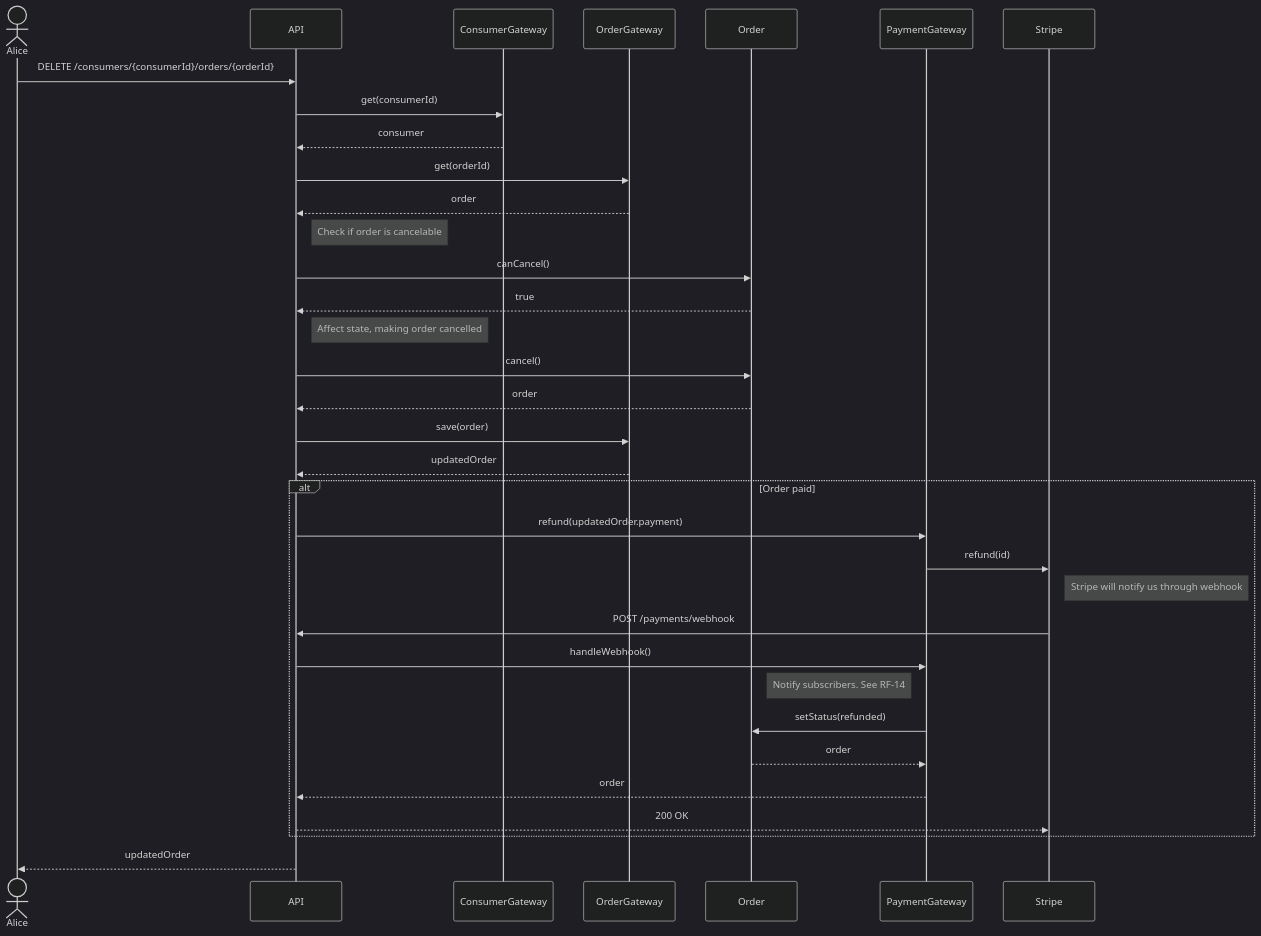
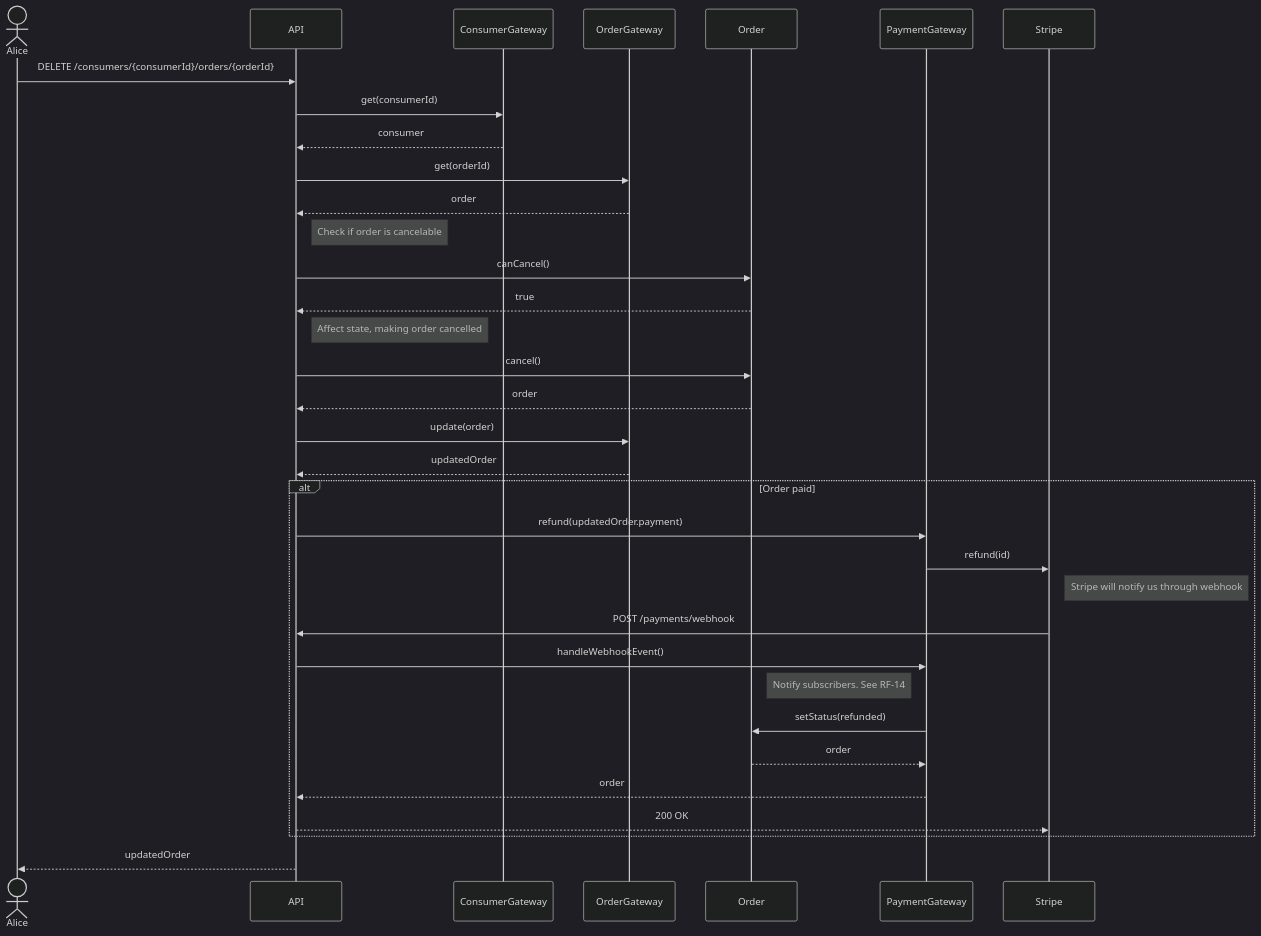
Diagram 16 of 32 in sequence.md (hivetown/planning), drawn with Mermaid (dark theme) before and after one commit. The commit also changed other lines of this file, not shown here.

````diff
--- a/sequence.md
+++ b/sequence.md
@@ -569,44 +590,44 @@
 ```mermaid
 sequenceDiagram
     actor A as Alice
     participant API
     participant CG as ConsumerGateway
     participant OG as OrderGateway
     participant O as Order
     participant PG as PaymentGateway
     participant S as Stripe
 
     A ->> API: DELETE /consumers/{consumerId}/orders/{orderId}
 
     API ->> CG: get(consumerId)
     CG -->> API: consumer
 
     API ->> OG: get(orderId)
     OG -->> API: order
 
     Note right of API: Check if order is cancelable
     API ->> O: canCancel()
     O -->> API: true
 
     Note right of API: Affect state, making order cancelled
     API ->> O: cancel()
     O -->> API: order
 
-    API ->> OG: save(order)
+    API ->> OG: update(order)
     OG -->> API: updatedOrder
 
     alt Order paid
         API ->> PG: refund(updatedOrder.payment)
         PG ->> S: refund(id)
         Note right of S: Stripe will notify us through webhook
         S ->> API: POST /payments/webhook
-        API ->> PG: handleWebhook()
+        API ->> PG: handleWebhookEvent()
         Note right of O: Notify subscribers. See RF-14
         PG ->> O: setStatus(refunded)
         O -->> PG: order
         PG -->> API: order
         API -->> S: 200 OK
     end
 
     API -->> A: updatedOrder        
 ```
````
